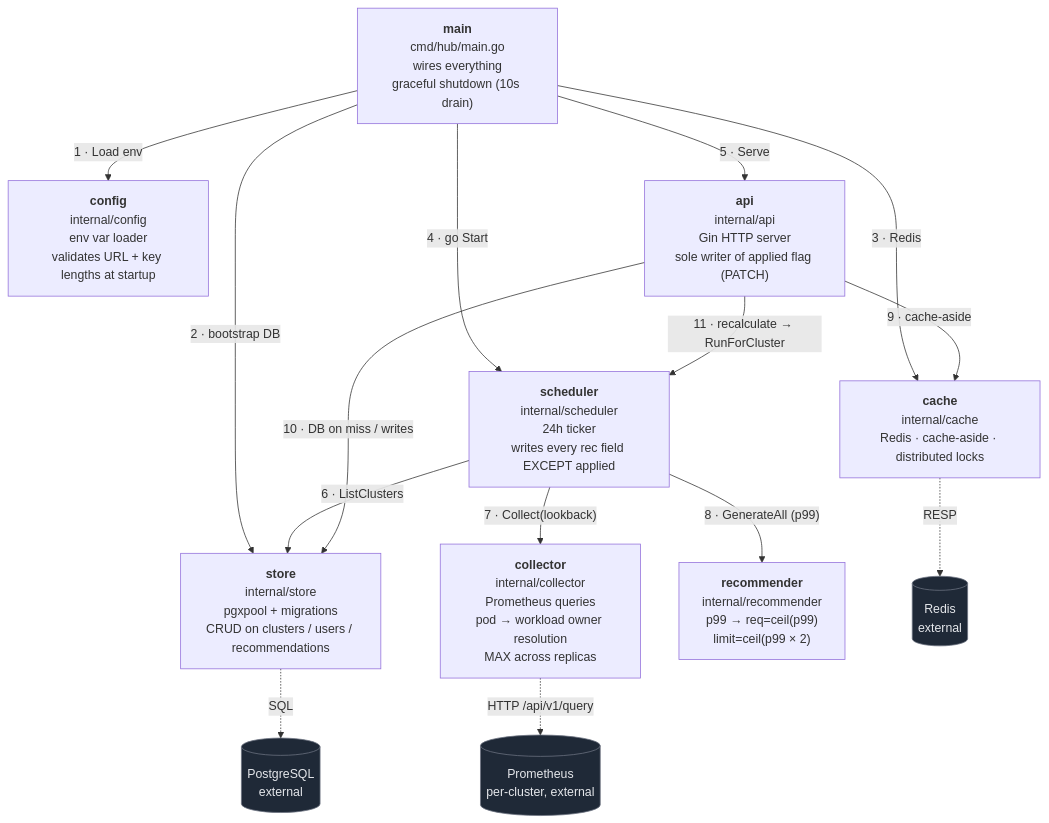
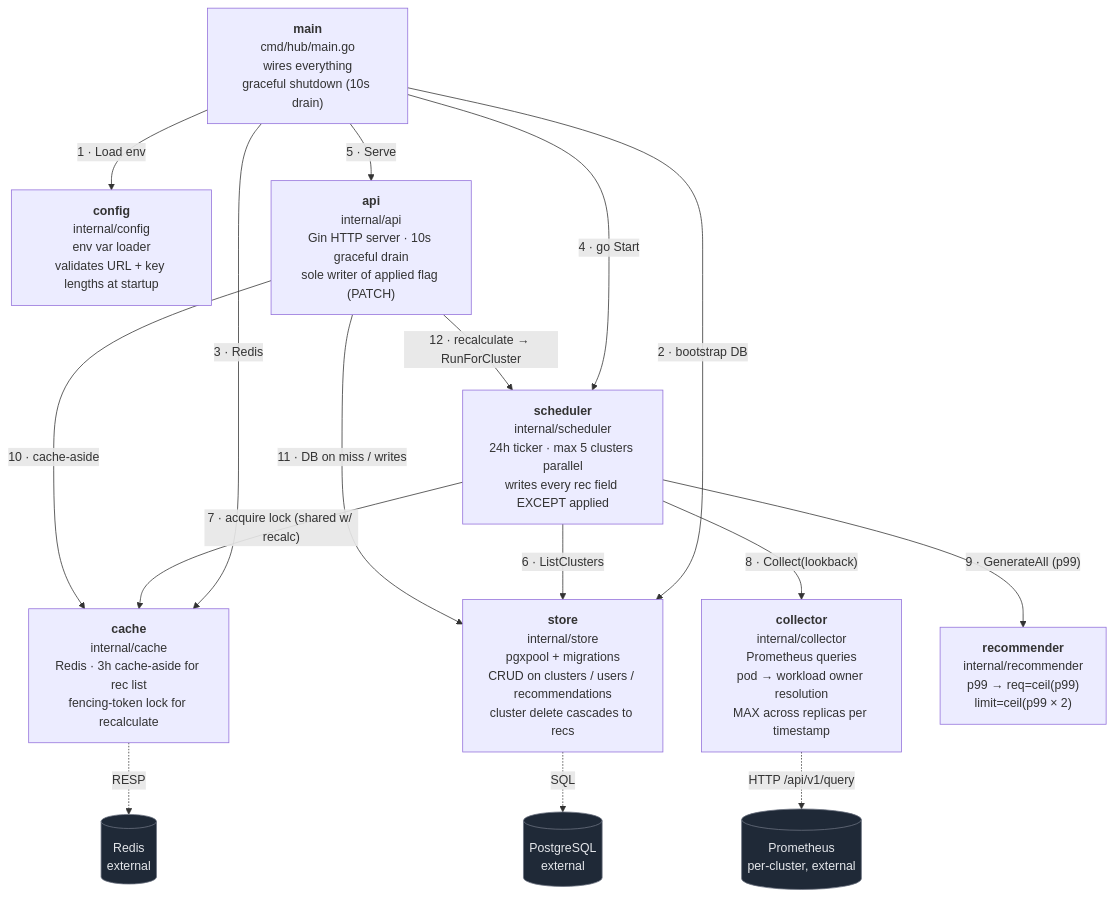
One commit to RISHABH1270/PodOptix changed the diagram in docs/code-map.md. Above: the diagram before and after it, drawn with Mermaid.

Commit message:
docs(code-map): reflect scheduler lock dep, parallel runs, fencing-token cache
Changes since the last code-map update:

- scheduler now depends on cache (fencing-token lock, shared with the
  recalculate handler). Added `scheduler --> cache` arrow as step 7
  (between ListClusters and Collect — matches runtime order inside
  RunForCluster: acquire lock, then collect). Renumbered 8-12.

Box label updates for recent behavior changes:
- store: notes cluster delete cascades to recs (ON DELETE CASCADE)
- cache: specifies fencing-token lock + 3h TTL for rec cache
- scheduler: notes max 5 clusters parallel
- api: notes 10s graceful drain

````diff
--- a/docs/code-map.md
+++ b/docs/code-map.md
@@ -3,37 +3,38 @@
 ```mermaid
 flowchart TB
     main["<b>main</b><br/>cmd/hub/main.go<br/>wires everything<br/>graceful shutdown (10s drain)"]
 
     config["<b>config</b><br/>internal/config<br/>env var loader<br/>validates URL + key lengths at startup"]
-    store["<b>store</b><br/>internal/store<br/>pgxpool + migrations<br/>CRUD on clusters / users / recommendations"]
-    cache["<b>cache</b><br/>internal/cache<br/>Redis · cache-aside · distributed locks"]
-    collector["<b>collector</b><br/>internal/collector<br/>Prometheus queries<br/>pod → workload owner resolution<br/>MAX across replicas"]
+    store["<b>store</b><br/>internal/store<br/>pgxpool + migrations<br/>CRUD on clusters / users / recommendations<br/>cluster delete cascades to recs"]
+    cache["<b>cache</b><br/>internal/cache<br/>Redis · 3h cache-aside for rec list<br/>fencing-token lock for recalculate"]
+    collector["<b>collector</b><br/>internal/collector<br/>Prometheus queries<br/>pod → workload owner resolution<br/>MAX across replicas per timestamp"]
     recommender["<b>recommender</b><br/>internal/recommender<br/>p99 → req=ceil(p99)<br/>limit=ceil(p99 × 2)"]
-    scheduler["<b>scheduler</b><br/>internal/scheduler<br/>24h ticker<br/>writes every rec field EXCEPT applied"]
-    api["<b>api</b><br/>internal/api<br/>Gin HTTP server<br/>sole writer of applied flag (PATCH)"]
+    scheduler["<b>scheduler</b><br/>internal/scheduler<br/>24h ticker · max 5 clusters parallel<br/>writes every rec field EXCEPT applied"]
+    api["<b>api</b><br/>internal/api<br/>Gin HTTP server · 10s graceful drain<br/>sole writer of applied flag (PATCH)"]
 
     pg[("PostgreSQL<br/>external")]
     rd[("Redis<br/>external")]
     prom[("Prometheus<br/>per-cluster, external")]
 
     main -->|"1 · Load env"| config
     main -->|"2 · bootstrap DB"| store
     main -->|"3 · Redis"| cache
     main -->|"4 · go Start"| scheduler
     main -->|"5 · Serve"| api
 
     scheduler -->|"6 · ListClusters"| store
-    scheduler -->|"7 · Collect(lookback)"| collector
-    scheduler -->|"8 · GenerateAll (p99)"| recommender
+    scheduler -->|"7 · acquire lock (shared w/ recalc)"| cache
+    scheduler -->|"8 · Collect(lookback)"| collector
+    scheduler -->|"9 · GenerateAll (p99)"| recommender
 
-    api -->|"9 · cache-aside"| cache
-    api -->|"10 · DB on miss / writes"| store
-    api -->|"11 · recalculate → RunForCluster"| scheduler
+    api -->|"10 · cache-aside"| cache
+    api -->|"11 · DB on miss / writes"| store
+    api -->|"12 · recalculate → RunForCluster"| scheduler
 
     store -.->|SQL| pg
     cache -.->|RESP| rd
     collector -.->|HTTP /api/v1/query| prom
 
     classDef ext fill:#1f2937,stroke:#6b7280,color:#e5e7eb
     class pg,rd,prom ext
 ```
````
